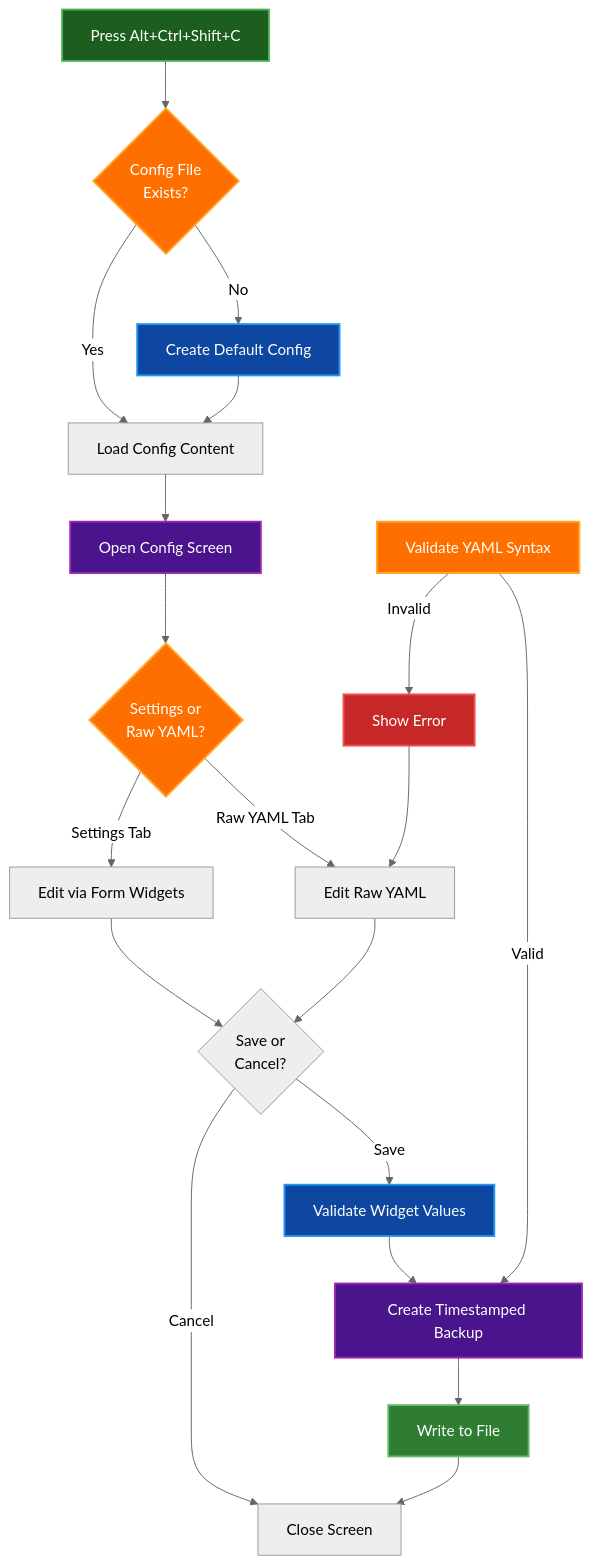
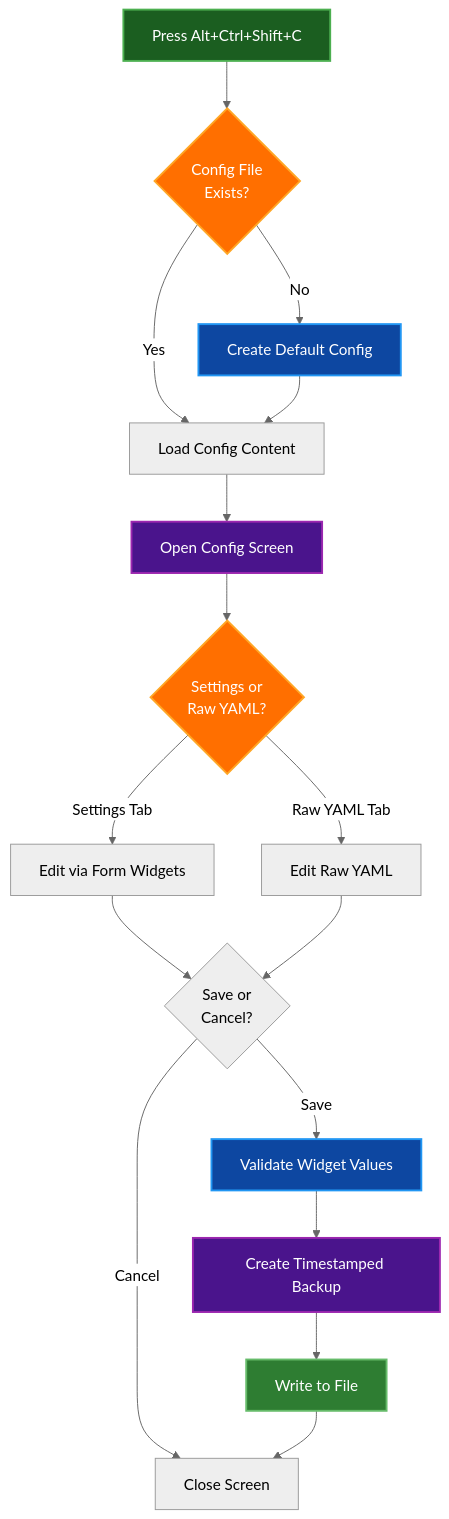
The second of 4 diagrams in docs/FEATURES.md (paulrobello/par-term-emu-tui-rust), drawn with Mermaid (neutral theme) before and after one commit. The commit also changed other lines of this file and 32 other files, not shown here.

````diff
--- a/docs/FEATURES.md
+++ b/docs/FEATURES.md
@@ -157,48 +158,41 @@
 ```mermaid
 graph TD
     Trigger[Press Alt+Ctrl+Shift+C]
     Check{Config File<br/>Exists?}
     Create[Create Default Config]
     Load[Load Config Content]
     Screen[Open Config Screen]
     TabChoice{Settings or<br/>Raw YAML?}
     WidgetEdit[Edit via Form Widgets]
     YAMLEdit[Edit Raw YAML]
     Save{Save or<br/>Cancel?}
     ValidateWidget[Validate Widget Values]
-    ValidateYAML[Validate YAML Syntax]
-    Error[Show Error]
     Backup[Create Timestamped Backup]
     Write[Write to File]
     Close[Close Screen]
 
     Trigger --> Check
     Check -->|No| Create
     Check -->|Yes| Load
     Create --> Load
     Load --> Screen
     Screen --> TabChoice
     TabChoice -->|Settings Tab| WidgetEdit
     TabChoice -->|Raw YAML Tab| YAMLEdit
     WidgetEdit --> Save
     YAMLEdit --> Save
     Save -->|Save| ValidateWidget
     ValidateWidget --> Backup
     Save -->|Cancel| Close
     Backup --> Write
     Write --> Close
-    ValidateYAML -->|Invalid| Error
-    ValidateYAML -->|Valid| Backup
-    Error --> YAMLEdit
 
     style Trigger fill:#1b5e20,stroke:#4caf50,stroke-width:2px,color:#ffffff
     style Check fill:#ff6f00,stroke:#ffa726,stroke-width:2px,color:#ffffff
     style Create fill:#0d47a1,stroke:#2196f3,stroke-width:2px,color:#ffffff
     style Screen fill:#4a148c,stroke:#9c27b0,stroke-width:2px,color:#ffffff
     style TabChoice fill:#ff6f00,stroke:#ffa726,stroke-width:2px,color:#ffffff
     style ValidateWidget fill:#0d47a1,stroke:#2196f3,stroke-width:2px,color:#ffffff
-    style ValidateYAML fill:#ff6f00,stroke:#ffa726,stroke-width:2px,color:#ffffff
-    style Error fill:#c62828,stroke:#ef5350,stroke-width:2px,color:#ffffff
     style Backup fill:#4a148c,stroke:#9c27b0,stroke-width:2px,color:#ffffff
     style Write fill:#2e7d32,stroke:#66bb6a,stroke-width:2px,color:#ffffff
 ```
````
